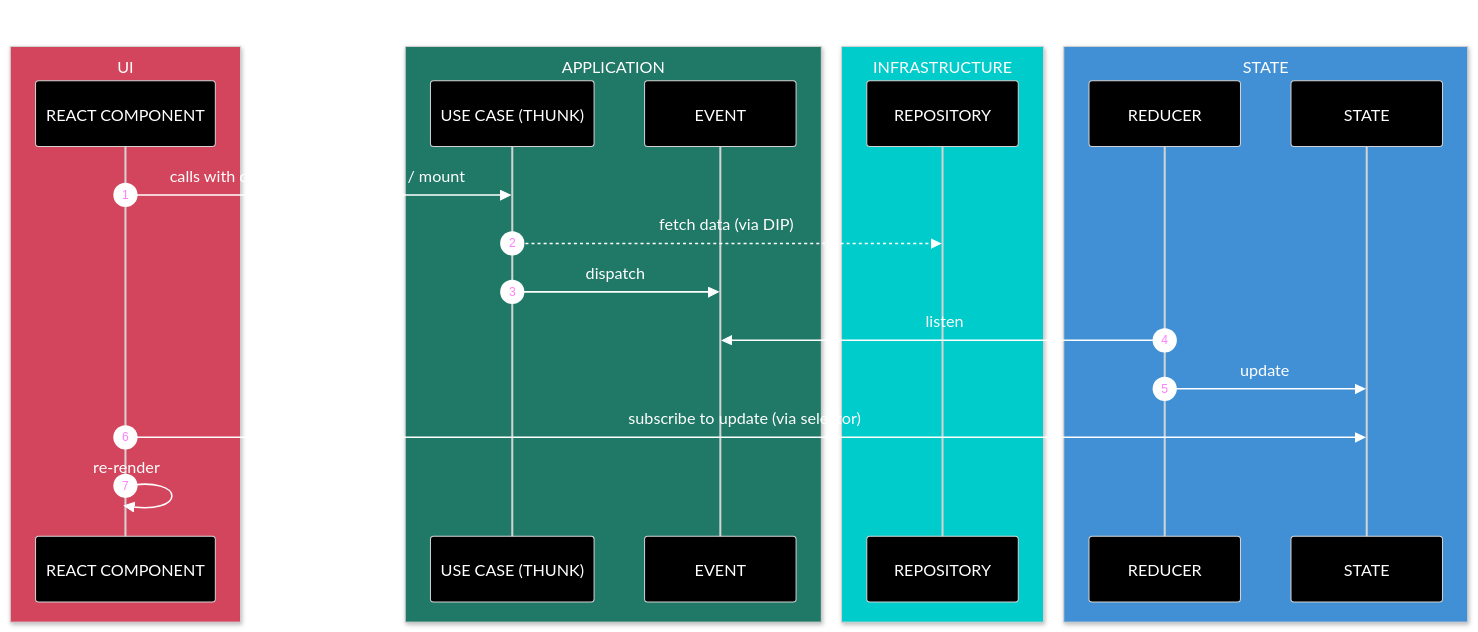
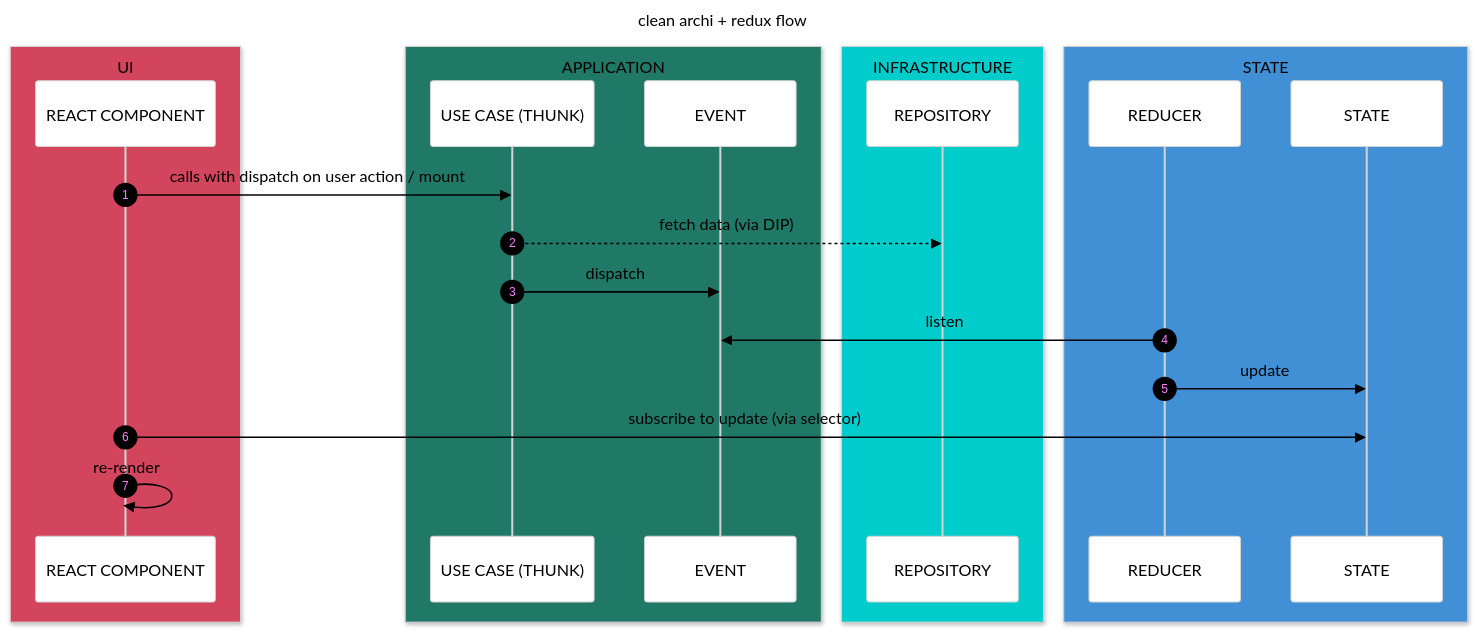
One commit to davidroberto/react-redux-clean-architecture-tdd-eda-vertical-slices changed the first of 3 diagrams in README.md. Above: the diagram before and after it, drawn with Mermaid. The commit also changed other lines of this file, not shown here.

Commit message:
doc: fix color diagram readme

````diff
--- a/README.md
+++ b/README.md
@@ -77,52 +77,52 @@
 ```mermaid
 ---
 title: clean archi + redux flow
 ---
 
 sequenceDiagram
     autonumber
 
     box rgb(211,69,92) UI
         participant REACT COMPONENT
     end
     
     box rgb(32,120,103) APPLICATION
         participant USE CASE (THUNK)
         participant EVENT
     end
 
     box rgb(0,204,204) INFRASTRUCTURE
         participant REPOSITORY
     end
 
     box rgb(65,144,213) STATE
         participant REDUCER
         participant STATE
     end
  
     REACT COMPONENT->>USE CASE (THUNK): calls with dispatch on user action / mount
 
     USE CASE (THUNK)-->>REPOSITORY: fetch data (via DIP)
 
     USE CASE (THUNK)->>EVENT: dispatch
     REDUCER->>EVENT: listen
     REDUCER->>STATE: update
     REACT COMPONENT->>STATE: subscribe to update (via selector)
     REACT COMPONENT->>REACT COMPONENT: re-render
 
 
 %%{
   init: {
     'theme': 'base',
     'themeVariables': {
-        'background': '#f6f6f6',
-        'primaryColor': 'black',
-        'primaryTextColor': 'white',
+        'background': 'white',
+        'primaryColor': 'white',
+        'primaryTextColor': 'black',
         'primaryBorderColor': 'lightgrey',
         'lineColor': 'green',
         'secondaryColor': 'green',
         'tertiaryColor': 'green'
     }
   }
 }%%
 ```
````
